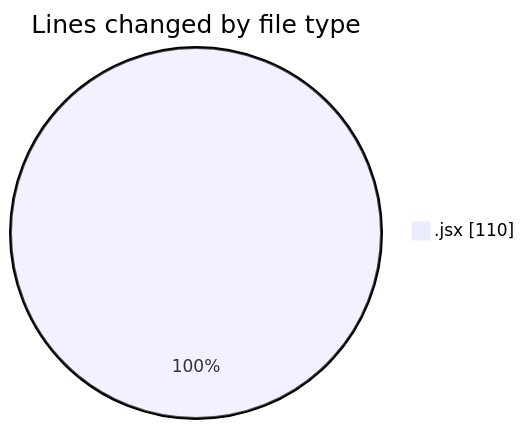
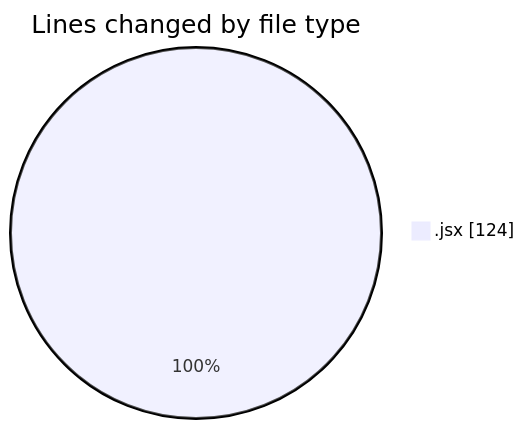
The first of 2 diagrams in 2025-01-29/react/README.md (Elitesun/code-tracking), drawn with Mermaid before and after one commit. The commit also changed other lines of this file and 1 other file, not shown here.

````diff
--- a/2025-01-29/react/README.md
+++ b/2025-01-29/react/README.md
@@ -25,5 +25,5 @@
 ```mermaid
 pie showData
 title Lines changed by file type
-".jsx" : 110
+".jsx" : 124
 ```
````
